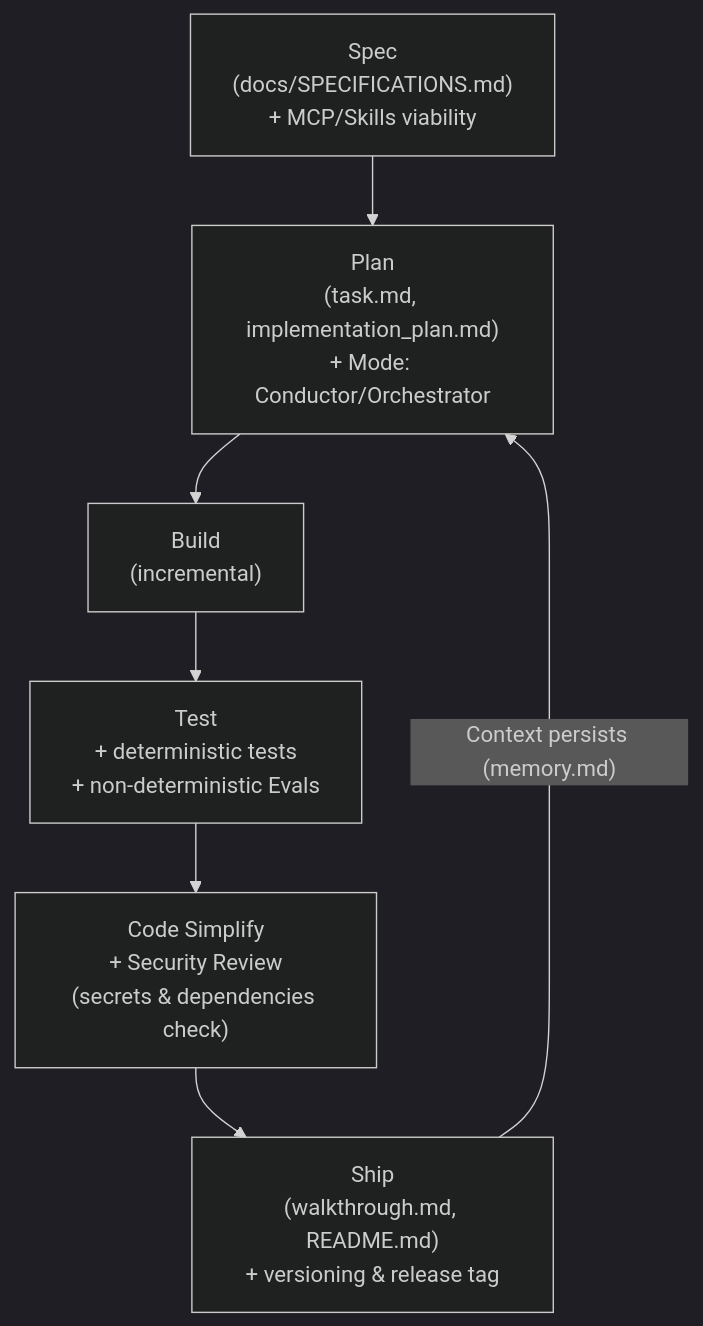
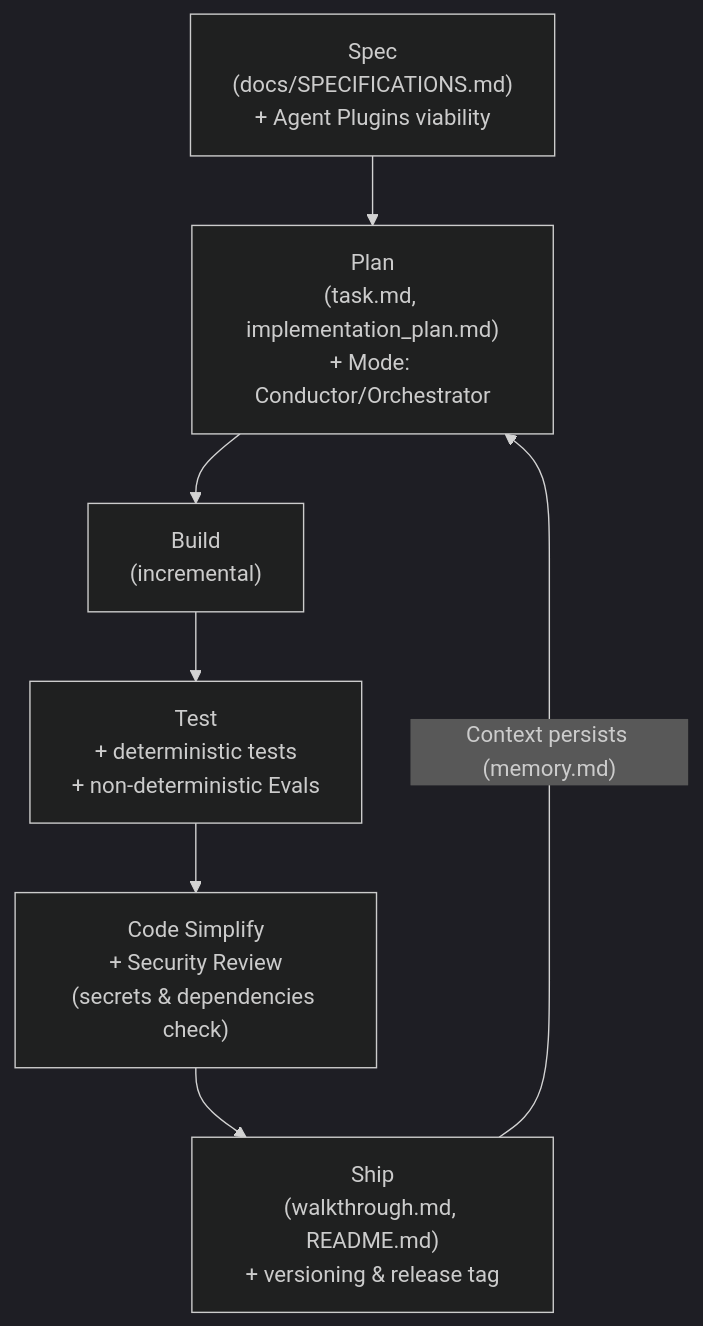
One commit to davidbuenov/dbv-specs-ops changed the first of 2 diagrams in README.md. Above: the diagram before and after it, drawn with Mermaid (dark theme). The commit also changed other lines of this file and 10 other files, not shown here.

Commit message:
feat: integrar estandar universal Agent Plugins 1.0.0 (v2.4.0)

````diff
--- a/README.md
+++ b/README.md
@@ -90,9 +91,9 @@
 ```mermaid
 flowchart TD
-    Spec["Spec<br/>(docs/SPECIFICATIONS.md)<br/>+ MCP/Skills viability"] --> Plan["Plan<br/>(task.md, implementation_plan.md)<br/>+ Mode: Conductor/Orchestrator"]
+    Spec["Spec<br/>(docs/SPECIFICATIONS.md)<br/>+ Agent Plugins viability"] --> Plan["Plan<br/>(task.md, implementation_plan.md)<br/>+ Mode: Conductor/Orchestrator"]
     Plan --> Build["Build<br/>(incremental)"]
     Build --> Test["Test<br/>+ deterministic tests<br/>+ non-deterministic Evals"]
     Test --> Simplify["Code Simplify<br/>+ Security Review<br/>(secrets & dependencies check)"]
     Simplify --> Ship["Ship<br/>(walkthrough.md, README.md)<br/>+ versioning & release tag"]
     Ship -- "Context persists (memory.md)" --> Plan
 ```
````
